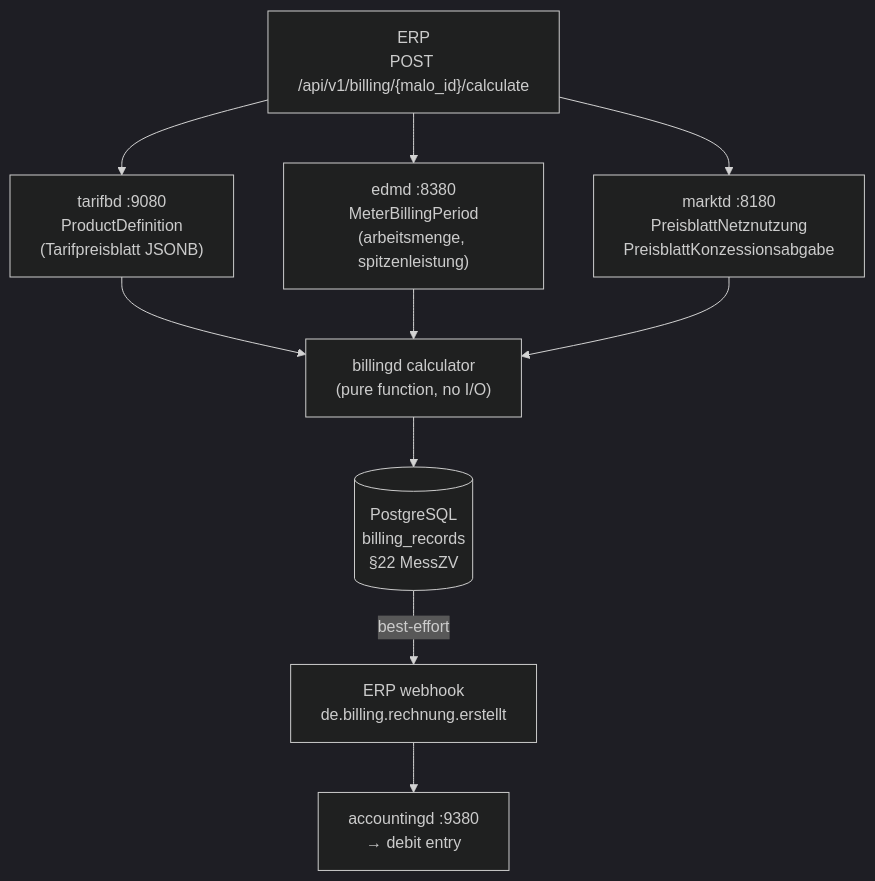
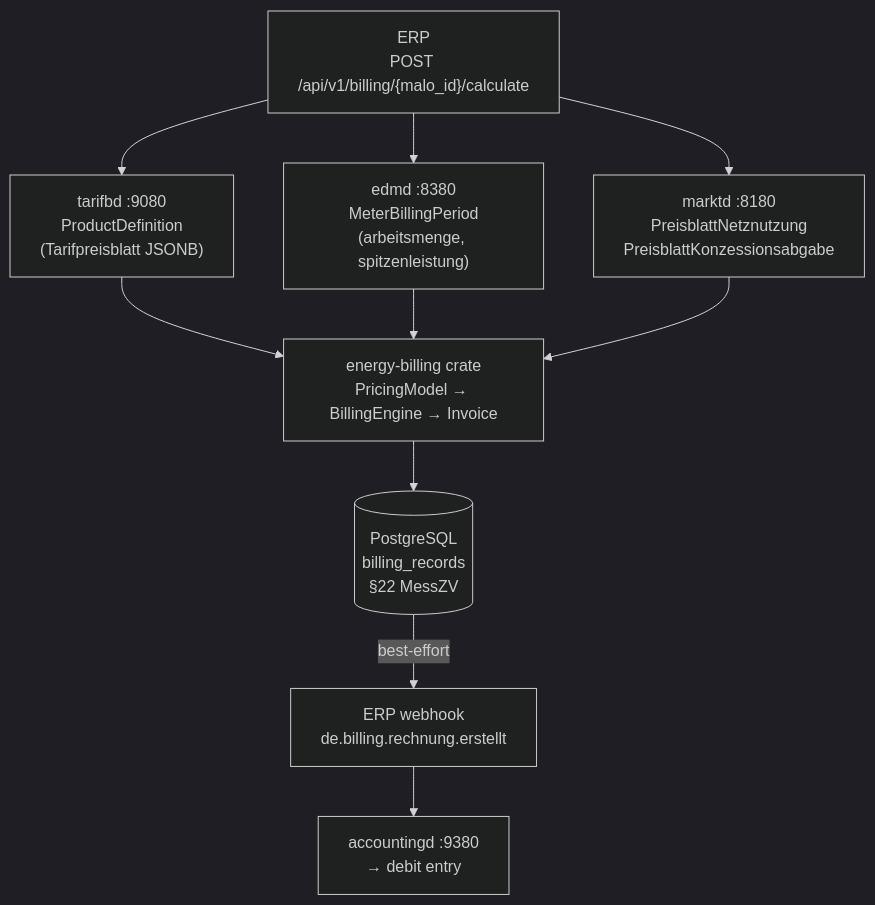
Before and after one commit to hupe1980/mako: the first of 2 diagrams in docs/billingd.md, drawn with Mermaid (dark theme). The commit also changed other lines of this file and 132 other files, not shown here.

````diff
--- a/docs/billingd.md
+++ b/docs/billingd.md
@@ -73,21 +77,21 @@
 ```mermaid
 graph TB
     ERP["ERP\nPOST /api/v1/billing/{malo_id}/calculate"]
     tarifbd["tarifbd :9080\nProductDefinition\n(Tarifpreisblatt JSONB)"]
     edmd["edmd :8380\nMeterBillingPeriod\n(arbeitsmenge, spitzenleistung)"]
     marktd["marktd :8180\nPreisblattNetznutzung\nPreisblattKonzessionsabgabe"]
-    calculator["billingd calculator\n(pure function, no I/O)"]
+    calculator["energy-billing crate\nPricingModel → BillingEngine → Invoice"]
     pg[("PostgreSQL\nbilling_records\n§22 MessZV")]
     erp_hook["ERP webhook\nde.billing.rechnung.erstellt"]
     accountingd["accountingd :9380\n→ debit entry"]
 
     ERP --> tarifbd
     ERP --> edmd
     ERP --> marktd
     tarifbd --> calculator
     edmd --> calculator
     marktd --> calculator
     calculator --> pg
     pg -->|"best-effort"| erp_hook
     erp_hook --> accountingd
 ```
````
